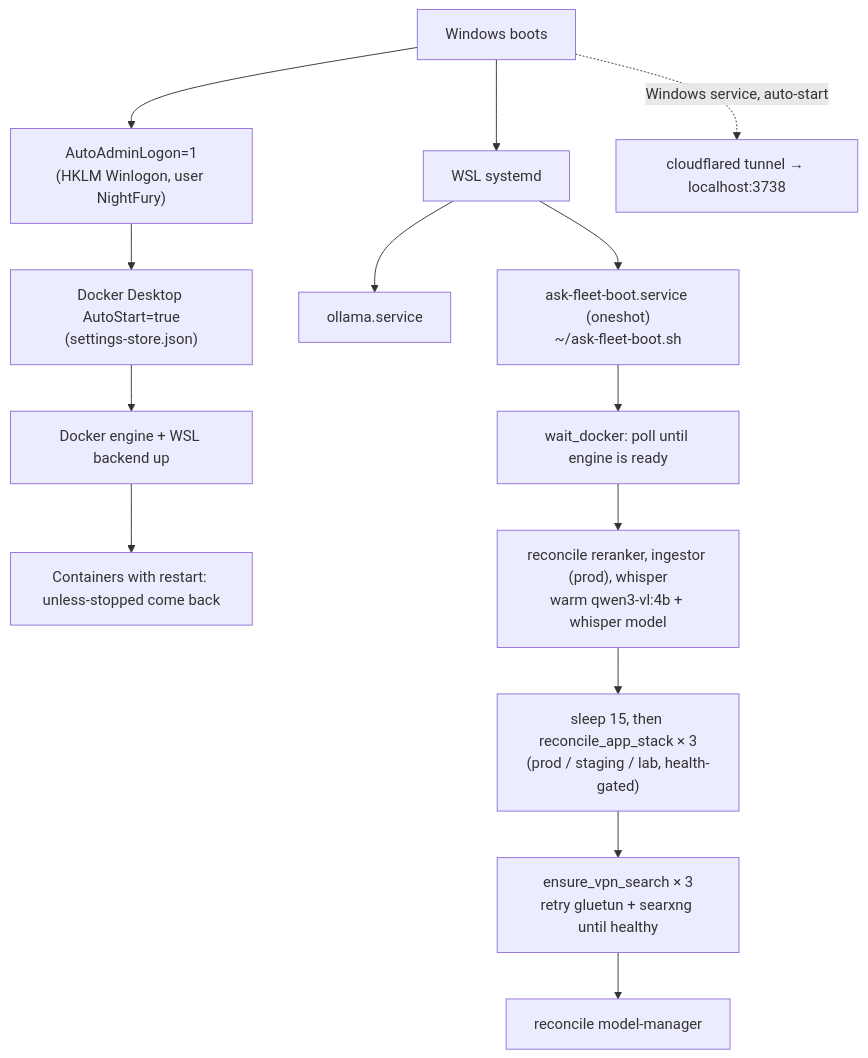
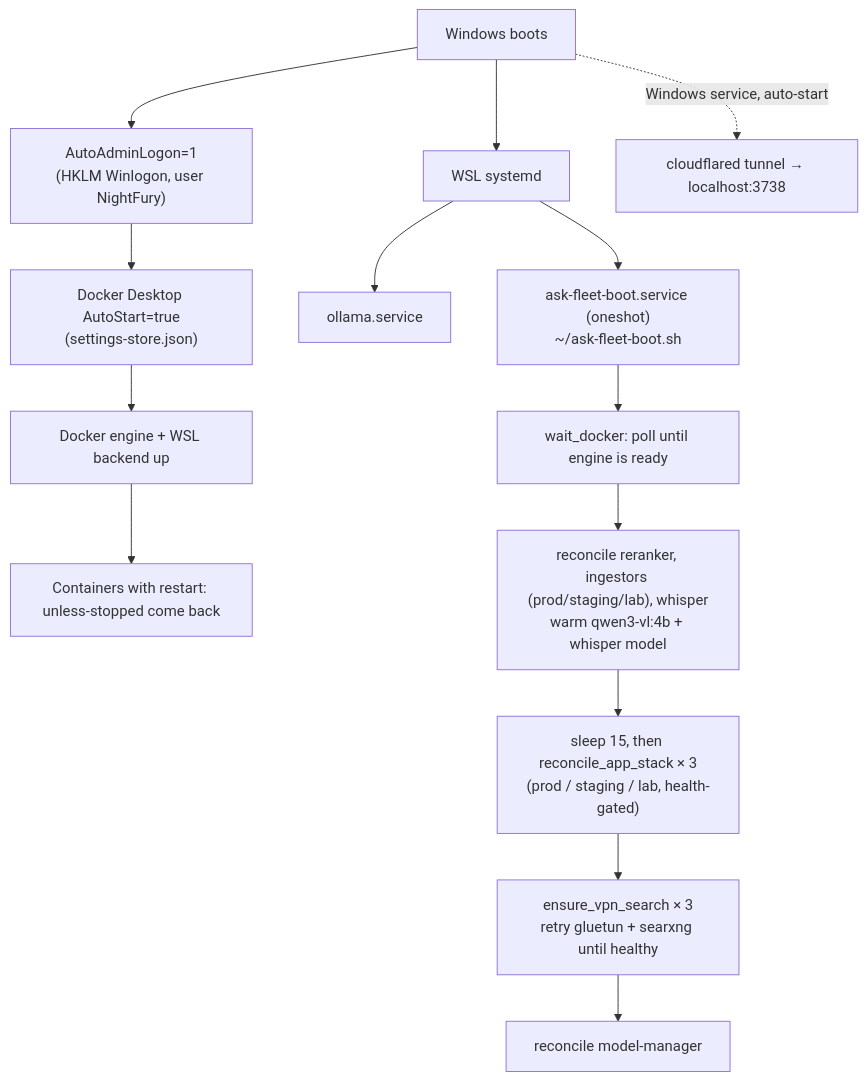
One commit to hbqdev/ask changed the diagram in docs-site/docs/infrastructure/fleet.md. Above: the diagram before and after it, drawn with Mermaid. The commit also changed other lines of this file and 4 other files, not shown here.

````diff
--- a/docs-site/docs/infrastructure/fleet.md
+++ b/docs-site/docs/infrastructure/fleet.md
@@ -114,16 +114,16 @@
 ```mermaid
 flowchart TD
   A[Windows boots] --> B["AutoAdminLogon=1<br/>(HKLM Winlogon, user NightFury)"]
   B --> C["Docker Desktop AutoStart=true<br/>(settings-store.json)"]
   C --> D[Docker engine + WSL backend up]
   D --> E["Containers with restart: unless-stopped come back"]
   A --> W[WSL systemd]
   W --> O[ollama.service]
   W --> F["ask-fleet-boot.service (oneshot)<br/>~/ask-fleet-boot.sh"]
   F --> G["wait_docker: poll until engine is ready"]
-  G --> H["reconcile reranker, ingestor (prod), whisper<br/>warm qwen3-vl:4b + whisper model"]
+  G --> H["reconcile reranker, ingestors (prod/staging/lab), whisper<br/>warm qwen3-vl:4b + whisper model"]
   H --> I["sleep 15, then reconcile_app_stack × 3<br/>(prod / staging / lab, health-gated)"]
   I --> J["ensure_vpn_search × 3<br/>retry gluetun + searxng until healthy"]
   J --> K[reconcile model-manager]
   A -. Windows service, auto-start .-> T["cloudflared tunnel → localhost:3738"]
 ```
````
